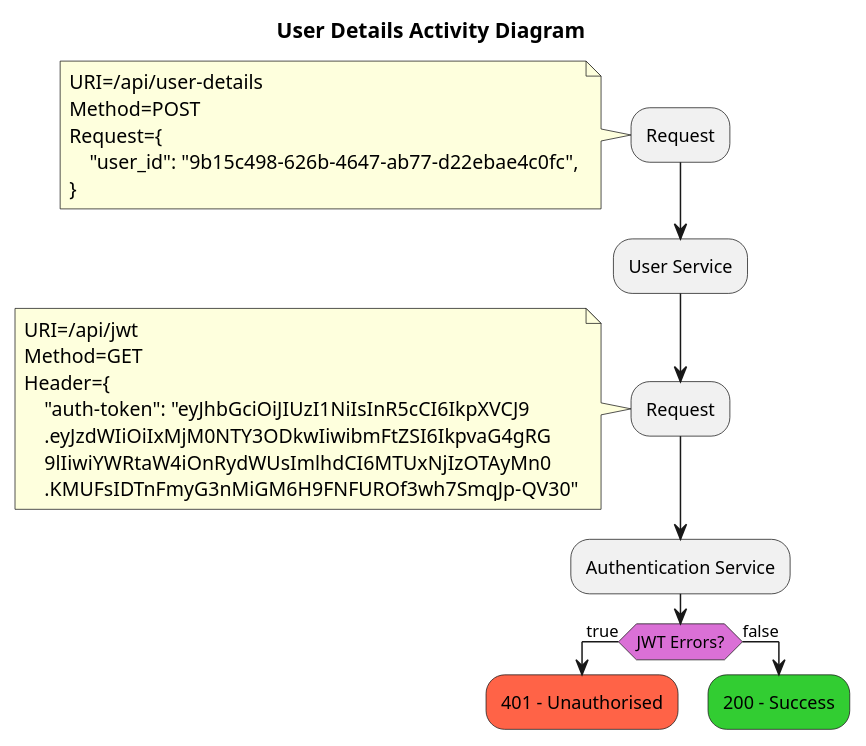
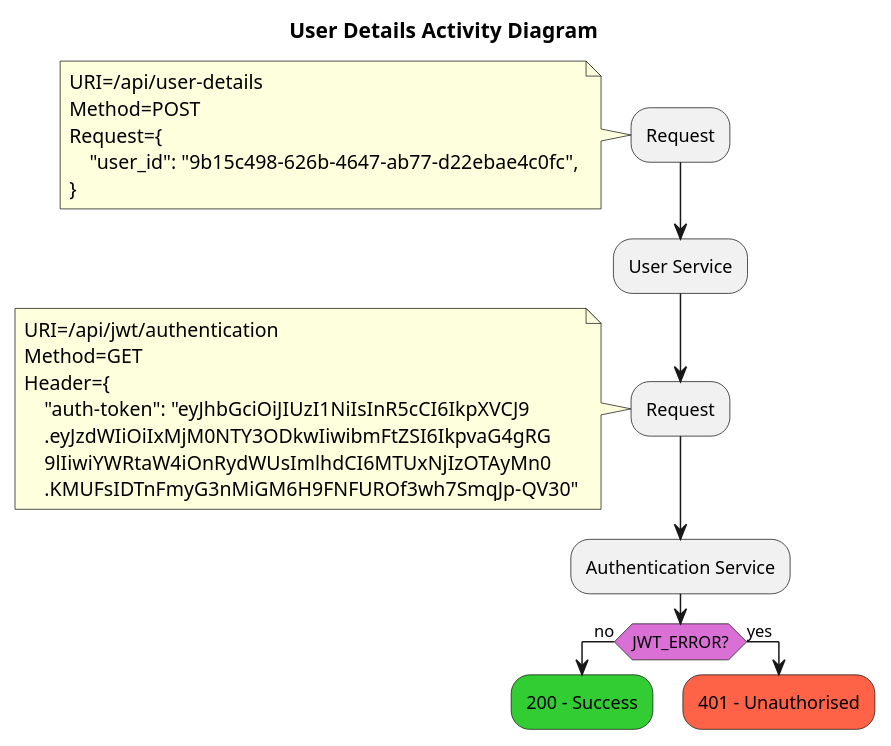
The diagram in docs/diagrams/routes/UserDetails_Activity_Diagram.puml (darrylmorton/ct-iot-user-service-k8s), drawn with PlantUML before and after one commit. The commit also changed 32 other files, not shown here.

```diff
--- a/docs/diagrams/routes/UserDetails_Activity_Diagram.puml
+++ b/docs/diagrams/routes/UserDetails_Activity_Diagram.puml
@@ -1,39 +1,39 @@
 @startuml
 'https://plantuml.com/activity-diagram-beta
 
 title User Details Activity Diagram
 
 :Request;
 note
 URI=/api/user-details
 Method=POST
 Request={
     "user_id": "9b15c498-626b-4647-ab77-d22ebae4c0fc",
 }
 end note
 
 :User Service;
 
 :Request;
 note
-URI=/api/jwt
+URI=/api/jwt/authentication
 Method=GET
 Header={
     "auth-token": "eyJhbGciOiJIUzI1NiIsInR5cCI6IkpXVCJ9
     .eyJzdWIiOiIxMjM0NTY3ODkwIiwibmFtZSI6IkpvaG4gRG
     9lIiwiYWRtaW4iOnRydWUsImlhdCI6MTUxNjIzOTAyMn0
     .KMUFsIDTnFmyG3nMiGM6H9FNFUROf3wh7SmqJp-QV30"
 end note
 
 :Authentication Service;
 
 skinparam ActivityDiamondBackgroundColor orchid
-if (JWT Errors?) then (true)
+if (JWT_ERROR?) then (no)
+    #limegreen:200 - Success;
+    kill;
+else (yes)
     #tomato:401 - Unauthorised;
-    kill;
-else (false)
-    #limegreen:200 - Success;
     kill;
 endif
 
 @enduml
```
